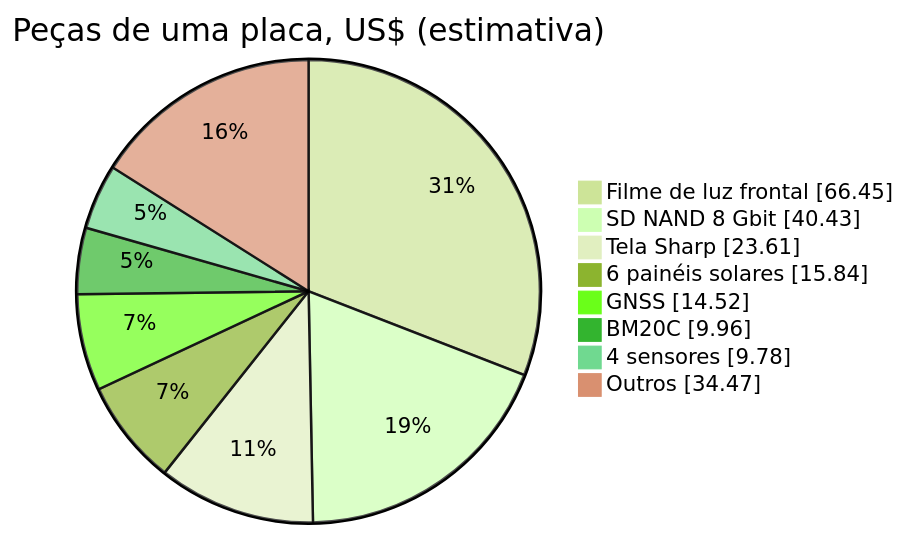
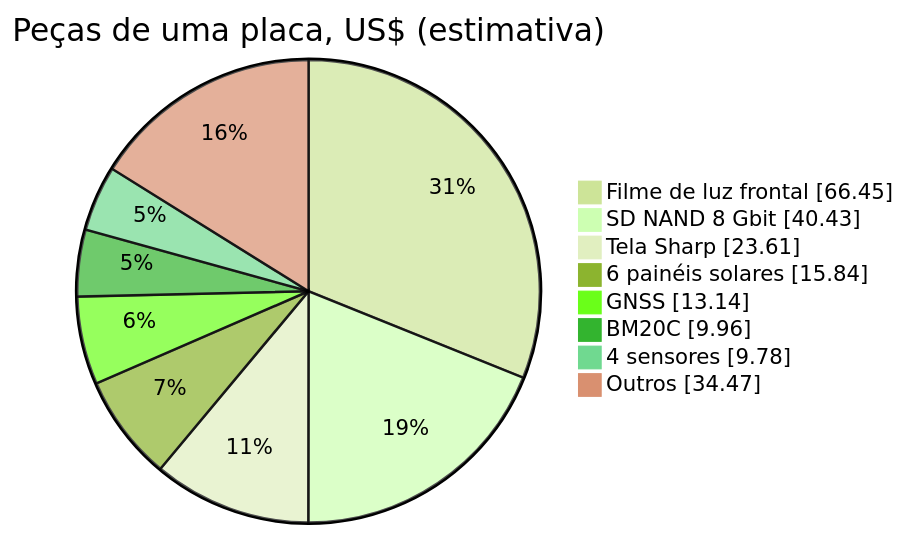
The second of 2 diagrams in docs/19-lista-de-compras.md (Guiimartinho/gnss-bike-computer), drawn with Mermaid (forest theme) before and after one commit. The commit also changed other lines of this file and 23 other files, not shown here.

````diff
--- a/docs/19-lista-de-compras.md
+++ b/docs/19-lista-de-compras.md
@@ -219,12 +219,12 @@
 ```mermaid
 pie showData
     title Peças de uma placa, US$ (estimativa)
     "Filme de luz frontal" : 66.45
     "SD NAND 8 Gbit" : 40.43
     "Tela Sharp" : 23.61
     "6 painéis solares" : 15.84
-    "GNSS" : 14.52
+    "GNSS" : 13.14
     "BM20C" : 9.96
     "4 sensores" : 9.78
     "Outros" : 34.47
 ```
````
